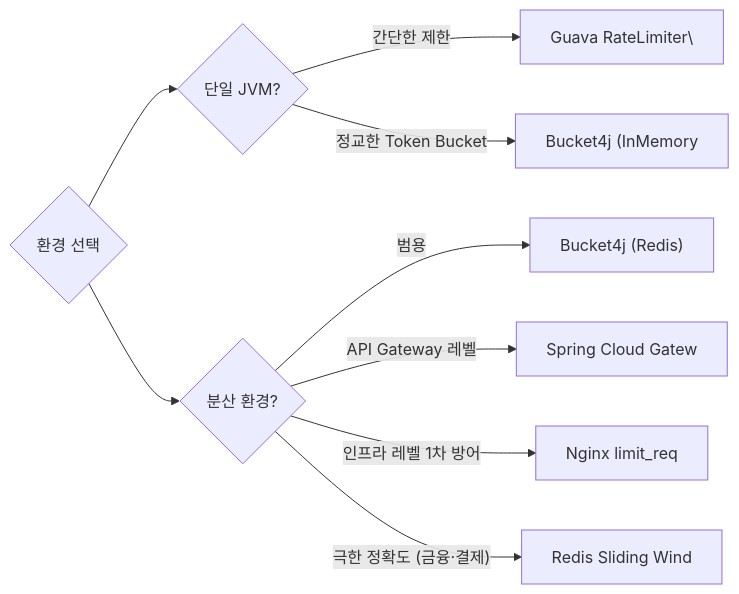
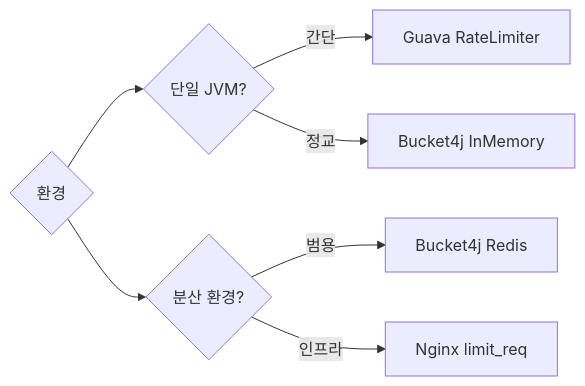
Diagram 13 of 13 in _posts/spring/2026-05-01-rate-limiting.md (yjkim2015/yjkim2015.github.io), drawn with Mermaid before and after one commit. The commit also changed 163 other files, not shown here.

First line of the commit message:
Mermaid 300개 블록 내용 축소: 5노드 5엣지 이하, 의미 있는 약어

````diff
--- a/_posts/spring/2026-05-01-rate-limiting.md
+++ b/_posts/spring/2026-05-01-rate-limiting.md
@@ -947,11 +947,9 @@
 ```mermaid
 graph LR
-    A{"환경 선택"} --> B{"단일 JVM?"}
-    B -->|"간단한 제한"| C["Guava RateLimiter\"]
-    B -->|"정교한 Token Bucket"| D["Bucket4j (InMemory"]
+    A{"환경"} --> B{"단일 JVM?"}
+    B -->|간단| C["Guava RateLimiter"]
+    B -->|정교| D["Bucket4j InMemory"]
     A --> E{"분산 환경?"}
-    E -->|"범용"| F["Bucket4j (Redis)"]
-    E -->|"API Gateway 레벨"| G["Spring Cloud Gatew"]
-    E -->|"인프라 레벨 1차 방어"| H["Nginx limit_req"]
-    E -->|"극한 정확도 (금융·결제)"| I["Redis Sliding Wind"]
+    E -->|범용| F["Bucket4j Redis"]
+    E -->|인프라| H["Nginx limit_req"]
 ```
````
